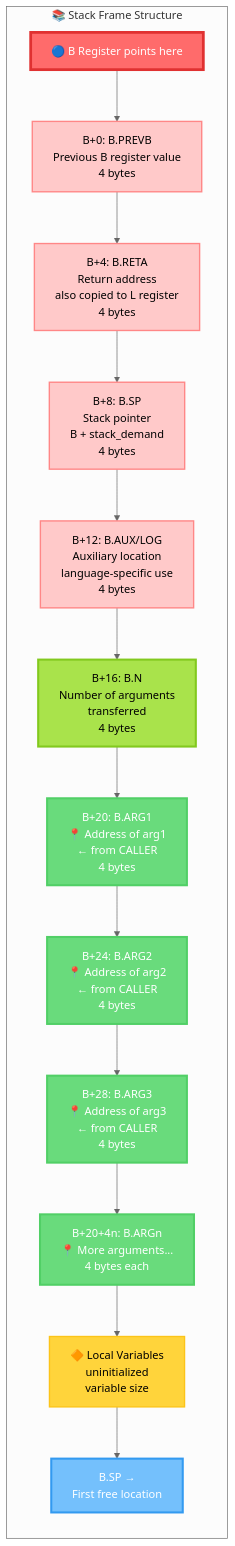
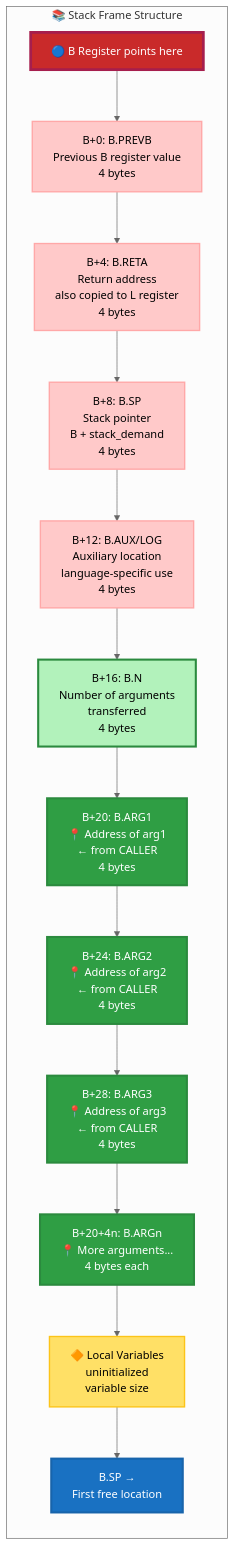
The tenth of 25 diagrams in docs/CALL_and_ENTRY_Points_Explained.md (RetroCoreLabs/nd500x), drawn with Mermaid (neutral theme) before and after one commit. The commit also changed other lines of this file, not shown here.

First line of the commit message:
docs: Make Mermaid diagrams WCAG 2.1 Level AA compliant (EAA 2025)

````diff
--- a/docs/CALL_and_ENTRY_Points_Explained.md
+++ b/docs/CALL_and_ENTRY_Points_Explained.md
@@ -396,32 +396,32 @@
 ```mermaid
 graph TD
     subgraph "📚 Stack Frame Structure"
         direction TB
         B["🔵 B Register points here"]
 
         B --> B0["B+0: B.PREVB<br/>Previous B register value<br/>4 bytes"]
         B0 --> B4["B+4: B.RETA<br/>Return address<br/>also copied to L register<br/>4 bytes"]
         B4 --> B8["B+8: B.SP<br/>Stack pointer<br/>B + stack_demand<br/>4 bytes"]
         B8 --> B12["B+12: B.AUX/LOG<br/>Auxiliary location<br/>language-specific use<br/>4 bytes"]
         B12 --> B16["B+16: B.N<br/>Number of arguments<br/>transferred<br/>4 bytes"]
         B16 --> B20["B+20: B.ARG1<br/>📍 Address of arg1<br/>← from CALLER<br/>4 bytes"]
         B20 --> B24["B+24: B.ARG2<br/>📍 Address of arg2<br/>← from CALLER<br/>4 bytes"]
         B24 --> B28["B+28: B.ARG3<br/>📍 Address of arg3<br/>← from CALLER<br/>4 bytes"]
         B28 --> BN["B+20+4n: B.ARGn<br/>📍 More arguments...<br/>4 bytes each"]
         BN --> LOC["🔶 Local Variables<br/>uninitialized<br/>variable size"]
         LOC --> SP["B.SP →<br/>First free location"]
     end
 
-    style B fill:#ff6b6b,stroke:#e03131,stroke-width:4px,color:#fff
-    style B0 fill:#ffc9c9,stroke:#ff8787,stroke-width:2px
-    style B4 fill:#ffc9c9,stroke:#ff8787,stroke-width:2px
-    style B8 fill:#ffc9c9,stroke:#ff8787,stroke-width:2px
-    style B12 fill:#ffc9c9,stroke:#ff8787,stroke-width:2px
-    style B16 fill:#a9e34b,stroke:#82c91e,stroke-width:3px,color:#000
-    style B20 fill:#69db7c,stroke:#51cf66,stroke-width:3px,color:#fff
-    style B24 fill:#69db7c,stroke:#51cf66,stroke-width:3px,color:#fff
-    style B28 fill:#69db7c,stroke:#51cf66,stroke-width:3px,color:#fff
-    style BN fill:#69db7c,stroke:#51cf66,stroke-width:3px,color:#fff
-    style LOC fill:#ffd43b,stroke:#fcc419,stroke-width:2px
-    style SP fill:#74c0fc,stroke:#339af0,stroke-width:3px,color:#fff
+    style B fill:#c92a2a,stroke:#a61e4d,stroke-width:4px,color:#fff
+    style B0 fill:#ffc9c9,stroke:#ffa8a8,stroke-width:2px,color:#000
+    style B4 fill:#ffc9c9,stroke:#ffa8a8,stroke-width:2px,color:#000
+    style B8 fill:#ffc9c9,stroke:#ffa8a8,stroke-width:2px,color:#000
+    style B12 fill:#ffc9c9,stroke:#ffa8a8,stroke-width:2px,color:#000
+    style B16 fill:#b2f2bb,stroke:#2b8a3e,stroke-width:3px,color:#000
+    style B20 fill:#2f9e44,stroke:#2b8a3e,stroke-width:3px,color:#fff
+    style B24 fill:#2f9e44,stroke:#2b8a3e,stroke-width:3px,color:#fff
+    style B28 fill:#2f9e44,stroke:#2b8a3e,stroke-width:3px,color:#fff
+    style BN fill:#2f9e44,stroke:#2b8a3e,stroke-width:3px,color:#fff
+    style LOC fill:#ffe066,stroke:#fcc419,stroke-width:2px,color:#000
+    style SP fill:#1971c2,stroke:#1864ab,stroke-width:3px,color:#fff
 ```
````
